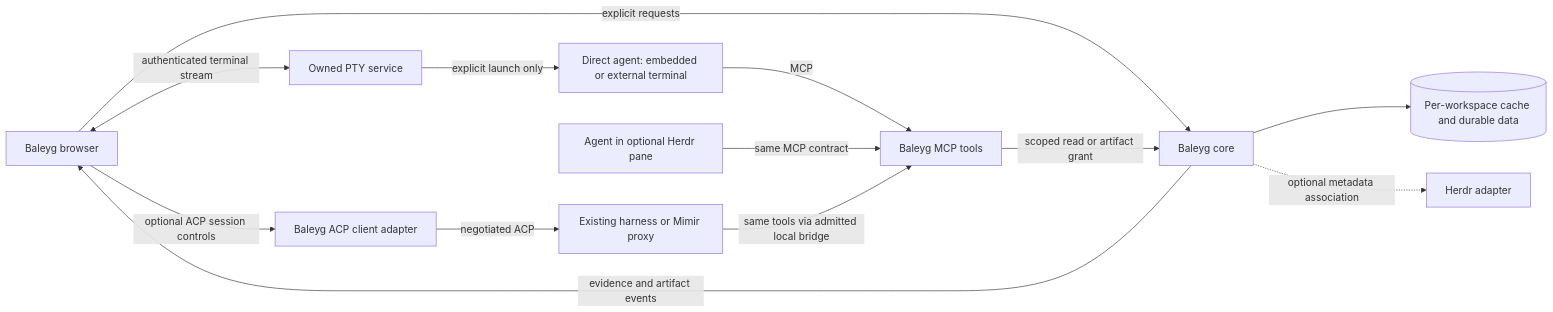
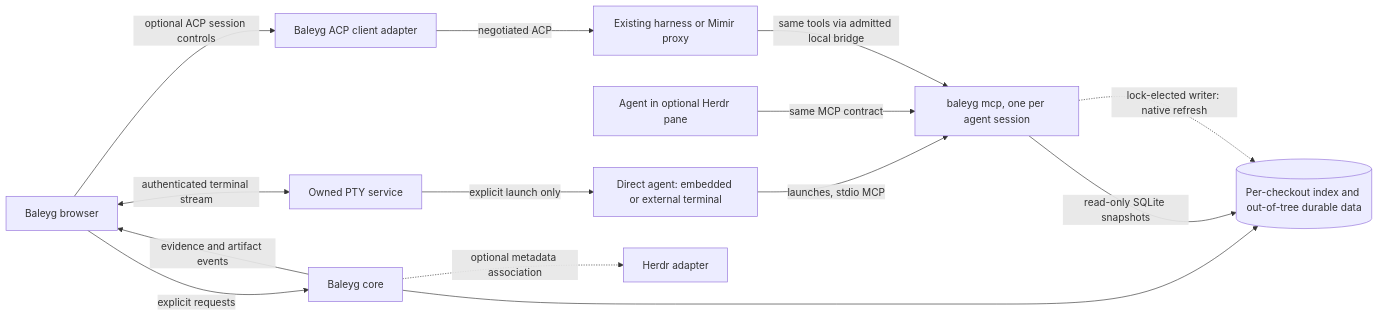
One commit to jasoncarreira/baleyg changed the diagram in SPEC.md. Above: the diagram before and after it, drawn with Mermaid. The commit also changed other lines of this file and 12 other files, not shown here.

First line of the commit message:
docs: per-checkout index and stdio MCP topology

````diff
--- a/SPEC.md
+++ b/SPEC.md
@@ -216,15 +229,16 @@
 ```mermaid
 flowchart LR
   UI[Baleyg browser] -->|explicit requests| CORE[Baleyg core]
   CORE -->|evidence and artifact events| UI
-  CORE --> M[(Per-workspace cache and durable data)]
-  DIRECT[Direct agent: embedded or external terminal] -->|MCP| MCP[Baleyg MCP tools]
+  CORE --> M[(Per-checkout index and out-of-tree durable data)]
+  DIRECT[Direct agent: embedded or external terminal] -->|launches, stdio MCP| MCP[baleyg mcp, one per agent session]
   UI <-->|authenticated terminal stream| PTY[Owned PTY service]
   PTY -->|explicit launch only| DIRECT
   HERDR[Agent in optional Herdr pane] -->|same MCP contract| MCP
   UI -->|optional ACP session controls| ACP[Baleyg ACP client adapter]
   ACP -->|negotiated ACP| HARNESS[Existing harness or Mimir proxy]
   HARNESS -->|same tools via admitted local bridge| MCP
-  MCP -->|scoped read or artifact grant| CORE
+  MCP -->|read-only SQLite snapshots| M
+  MCP -. lock-elected writer: native refresh .-> M
   CORE -. optional metadata association .-> HM[Herdr adapter]
 ```
````
